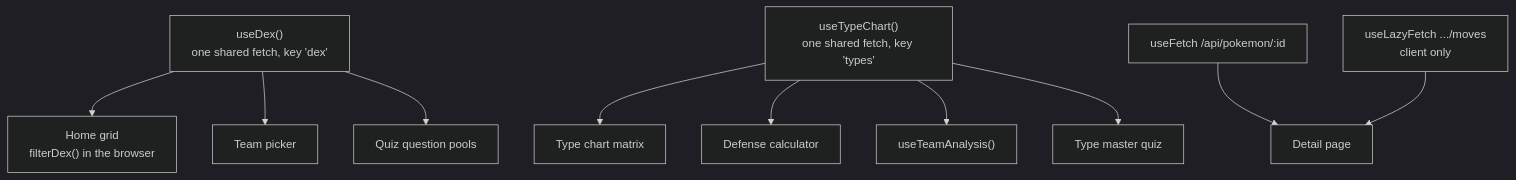
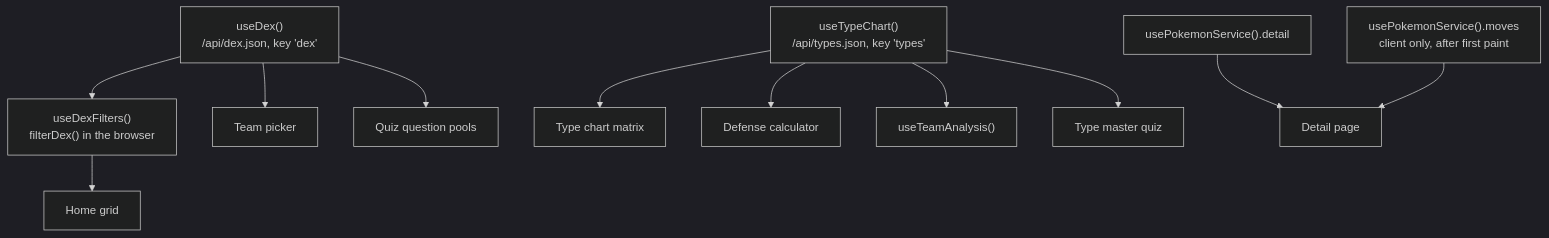
The fourth of 4 diagrams in docs/ARCHITECTURE.md (bachbnt/bokedex), drawn with Mermaid (dark theme) before and after one commit. The commit also changed other lines of this file and 28 other files, not shown here.

````diff
--- a/docs/ARCHITECTURE.md
+++ b/docs/ARCHITECTURE.md
@@ -108,12 +139,13 @@
 ```mermaid
 flowchart TD
-  A["useDex()<br/>one shared fetch, key 'dex'"] --> B["Home grid<br/>filterDex() in the browser"]
-  A --> C["Team picker"]
-  A --> D["Quiz question pools"]
-  E["useTypeChart()<br/>one shared fetch, key 'types'"] --> F["Type chart matrix"]
-  E --> G["Defense calculator"]
-  E --> H["useTeamAnalysis()"]
-  E --> I["Type master quiz"]
-  J["useFetch /api/pokemon/:id"] --> K["Detail page"]
-  L["useLazyFetch .../moves<br/>client only"] --> K
+  A["useDex()<br/>/api/dex.json, key 'dex'"] --> B["useDexFilters()<br/>filterDex() in the browser"]
+  B --> C["Home grid"]
+  A --> D["Team picker"]
+  A --> E["Quiz question pools"]
+  F["useTypeChart()<br/>/api/types.json, key 'types'"] --> G["Type chart matrix"]
+  F --> H["Defense calculator"]
+  F --> I["useTeamAnalysis()"]
+  F --> J["Type master quiz"]
+  K["usePokemonService().detail"] --> L["Detail page"]
+  M["usePokemonService().moves<br/>client only, after first paint"] --> L
 ```
````
